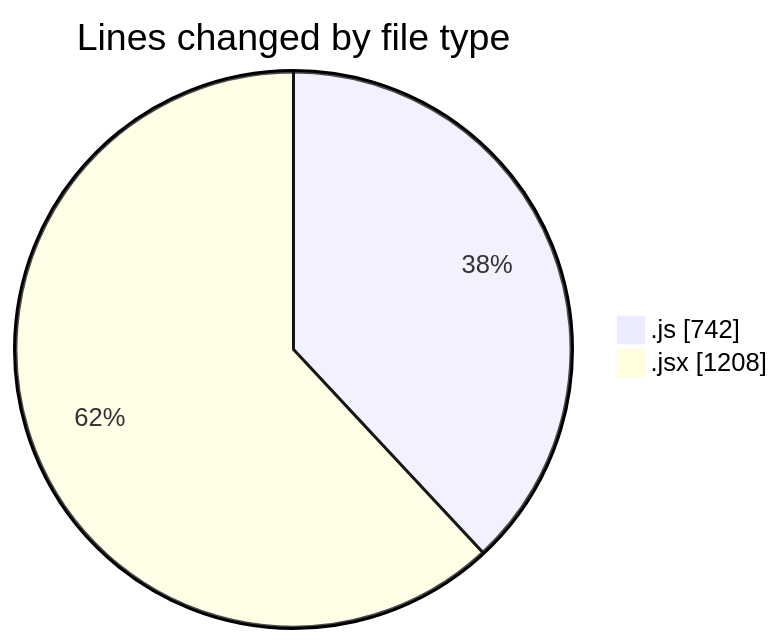
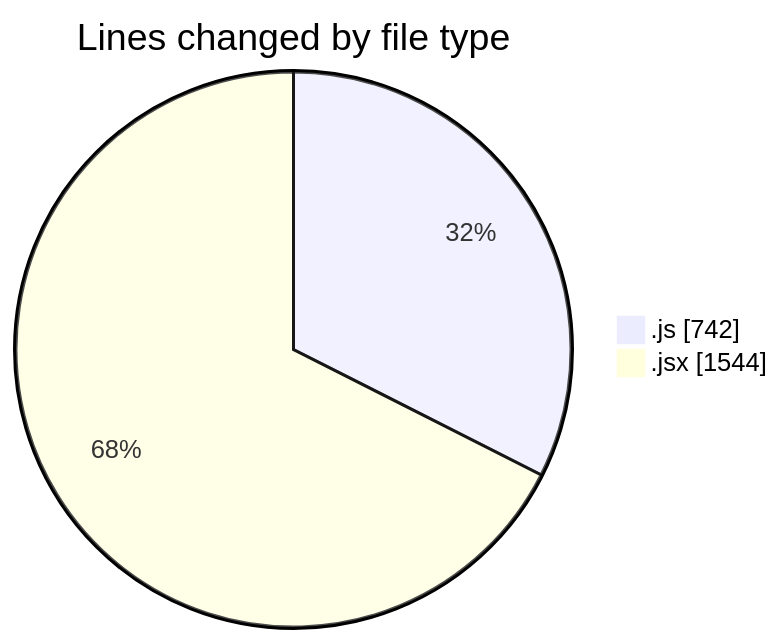
The first of 2 diagrams in 2025-08-29/nxtqube_webapp/README.md (nxtqubesakshisongat/code-tracking), drawn with Mermaid before and after one commit. The commit also changed other lines of this file and 1 other file, not shown here.

````diff
--- a/2025-08-29/nxtqube_webapp/README.md
+++ b/2025-08-29/nxtqube_webapp/README.md
@@ -23,6 +23,6 @@
 ```mermaid
 pie showData
 title Lines changed by file type
 ".js" : 742
-".jsx" : 1208
+".jsx" : 1544
 ```
````
